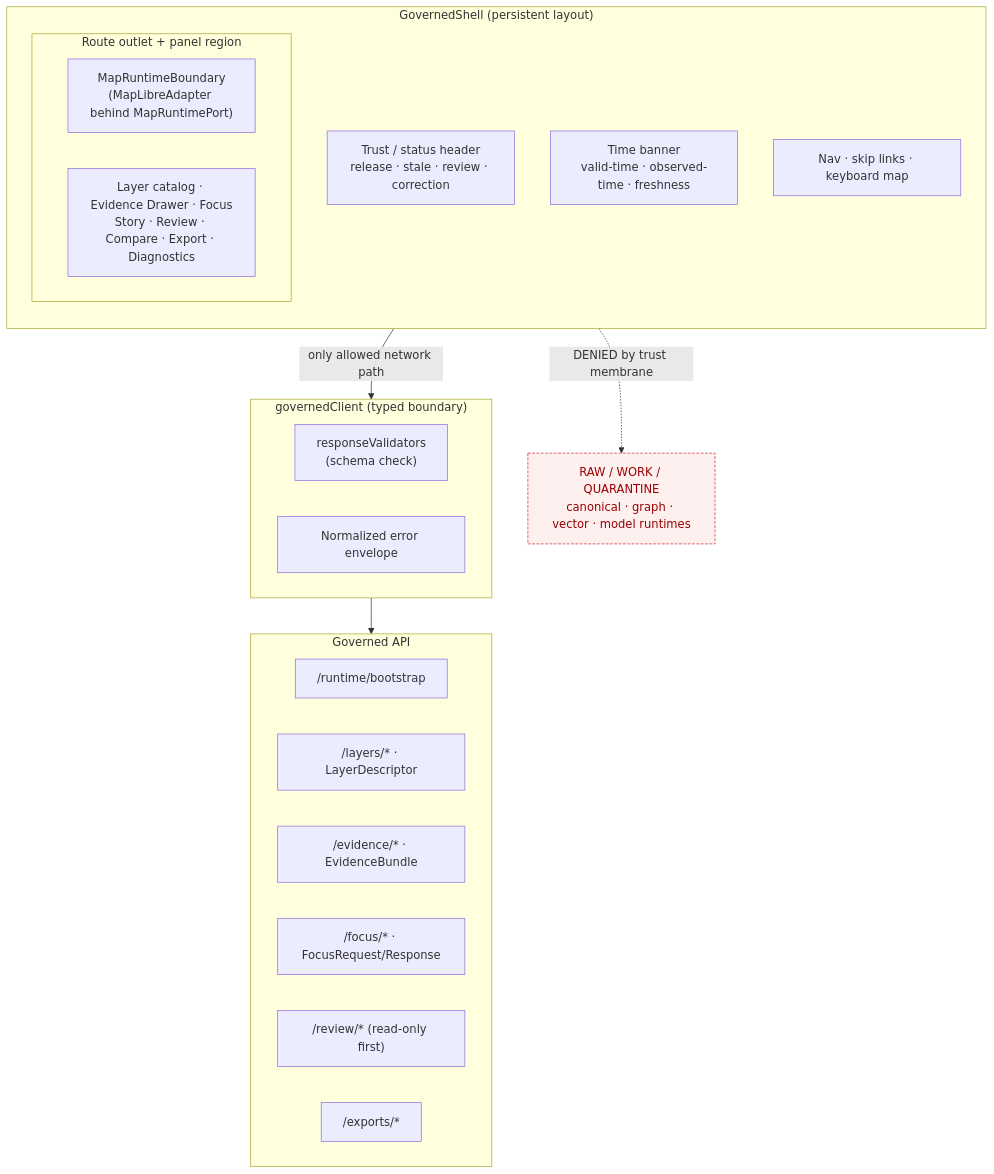
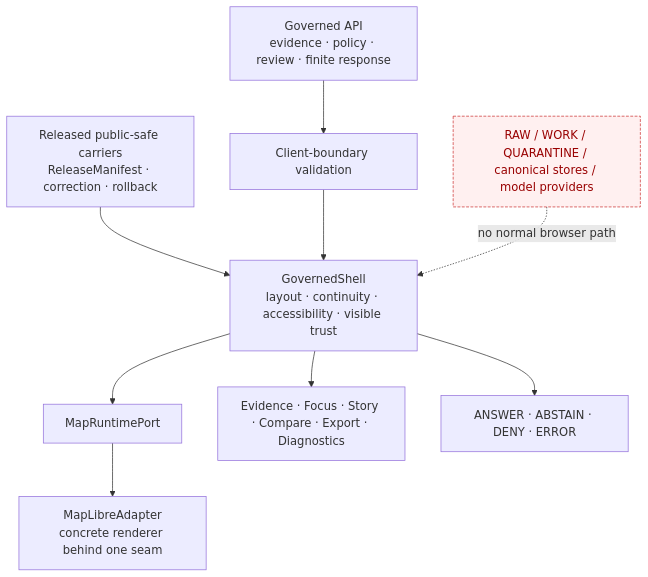
The second of 2 diagrams in docs/architecture/ui/GOVERNED_SHELL.md (bartytime4life/Kansas-Frontier-Matrix), drawn with Mermaid before and after one commit. The commit also changed other lines of this file, not shown here.

Commit message:
docs(architecture): ground governed shell boundary

````diff
--- a/docs/architecture/ui/GOVERNED_SHELL.md
+++ b/docs/architecture/ui/GOVERNED_SHELL.md
@@ -105,36 +385,22 @@
 ```mermaid
 flowchart TB
-  subgraph SHELL["GovernedShell (persistent layout)"]
-    direction TB
-    HEADER["Trust / status header<br/>release · stale · review · correction"]
-    TIME["Time banner<br/>valid-time · observed-time · freshness"]
-    NAV["Nav · skip links · keyboard map"]
-    subgraph MAIN["Route outlet + panel region"]
-      direction LR
-      MAP["MapRuntimeBoundary<br/>(MapLibreAdapter behind MapRuntimePort)"]
-      PANELS["Layer catalog · Evidence Drawer · Focus<br/>Story · Review · Compare · Export · Diagnostics"]
-    end
-  end
+  RELEASE["Released public-safe carriers<br/>ReleaseManifest · correction · rollback"]
+  API["Governed API<br/>evidence · policy · review · finite response"]
+  VALIDATE["Client-boundary validation"]
+  SHELL["GovernedShell<br/>layout · continuity · accessibility · visible trust"]
+  MAPPORT["MapRuntimePort"]
+  ADAPTER["MapLibreAdapter<br/>concrete renderer behind one seam"]
+  PANELS["Evidence · Focus · Story · Compare · Export · Diagnostics"]
+  NEG["ANSWER · ABSTAIN · DENY · ERROR"]
 
-  subgraph CLIENT["governedClient (typed boundary)"]
-    VAL["responseValidators<br/>(schema check)"]
-    ERR["Normalized error envelope"]
-  end
+  RELEASE --> SHELL
+  API --> VALIDATE --> SHELL
+  SHELL --> MAPPORT --> ADAPTER
+  SHELL --> PANELS
+  SHELL --> NEG
 
-  subgraph GOV["Governed API"]
-    BOOT["/runtime/bootstrap"]
-    LAYERS["/layers/* · LayerDescriptor"]
-    EV["/evidence/* · EvidenceBundle"]
-    FOCUS["/focus/* · FocusRequest/Response"]
-    REVIEW["/review/* (read-only first)"]
-    EXPORT["/exports/*"]
-  end
-
-  SHELL -->|only allowed network path| CLIENT
-  CLIENT --> GOV
-
-  RAW["RAW / WORK / QUARANTINE<br/>canonical · graph · vector · model runtimes"]:::forbidden
-  SHELL -.->|DENIED by trust membrane| RAW
+  INTERNAL["RAW / WORK / QUARANTINE / canonical stores / model providers"]:::forbidden
+  INTERNAL -. "no normal browser path" .-> SHELL
 
   classDef forbidden fill:#fff0f0,stroke:#c33,color:#900,stroke-dasharray: 4 2;
 ```
````
